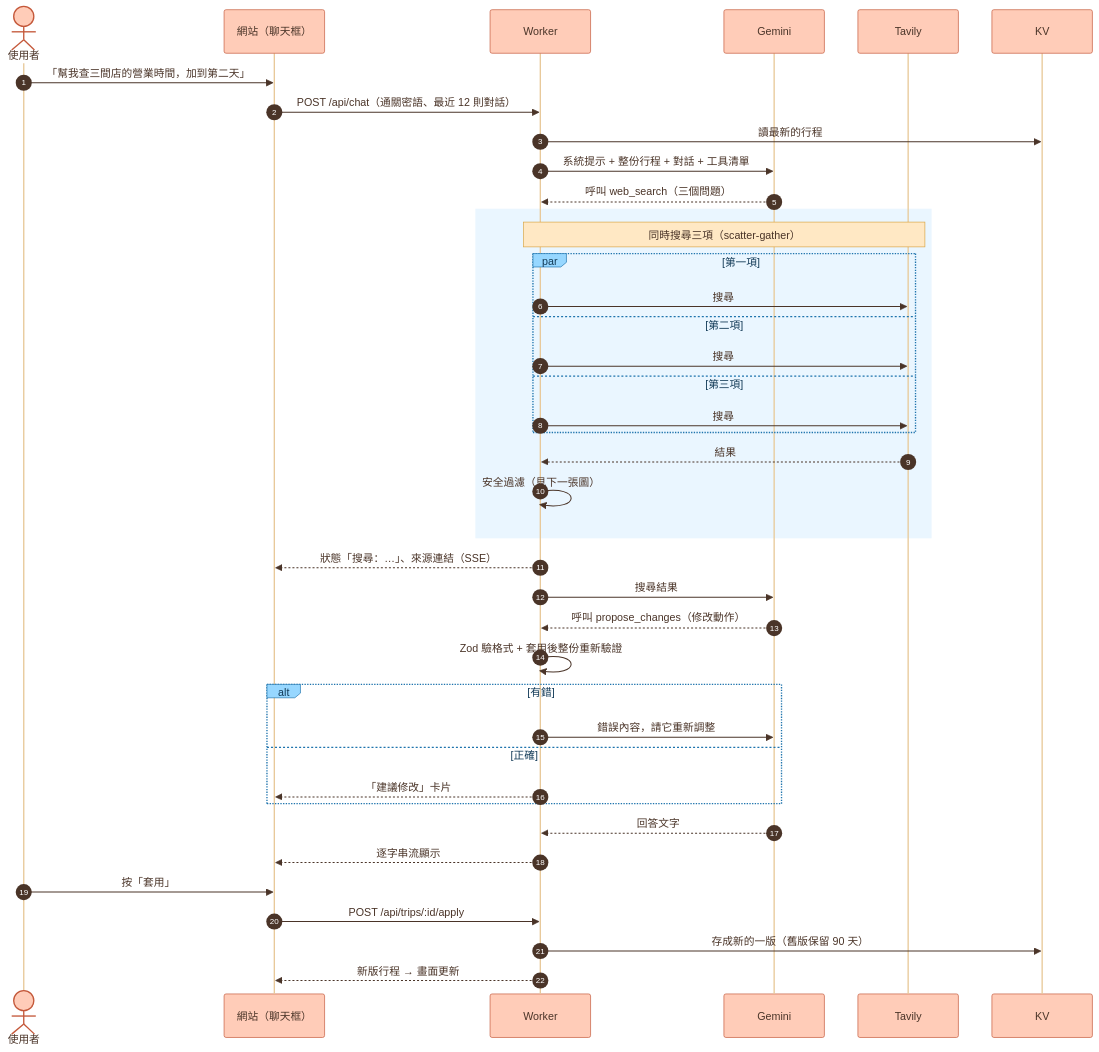
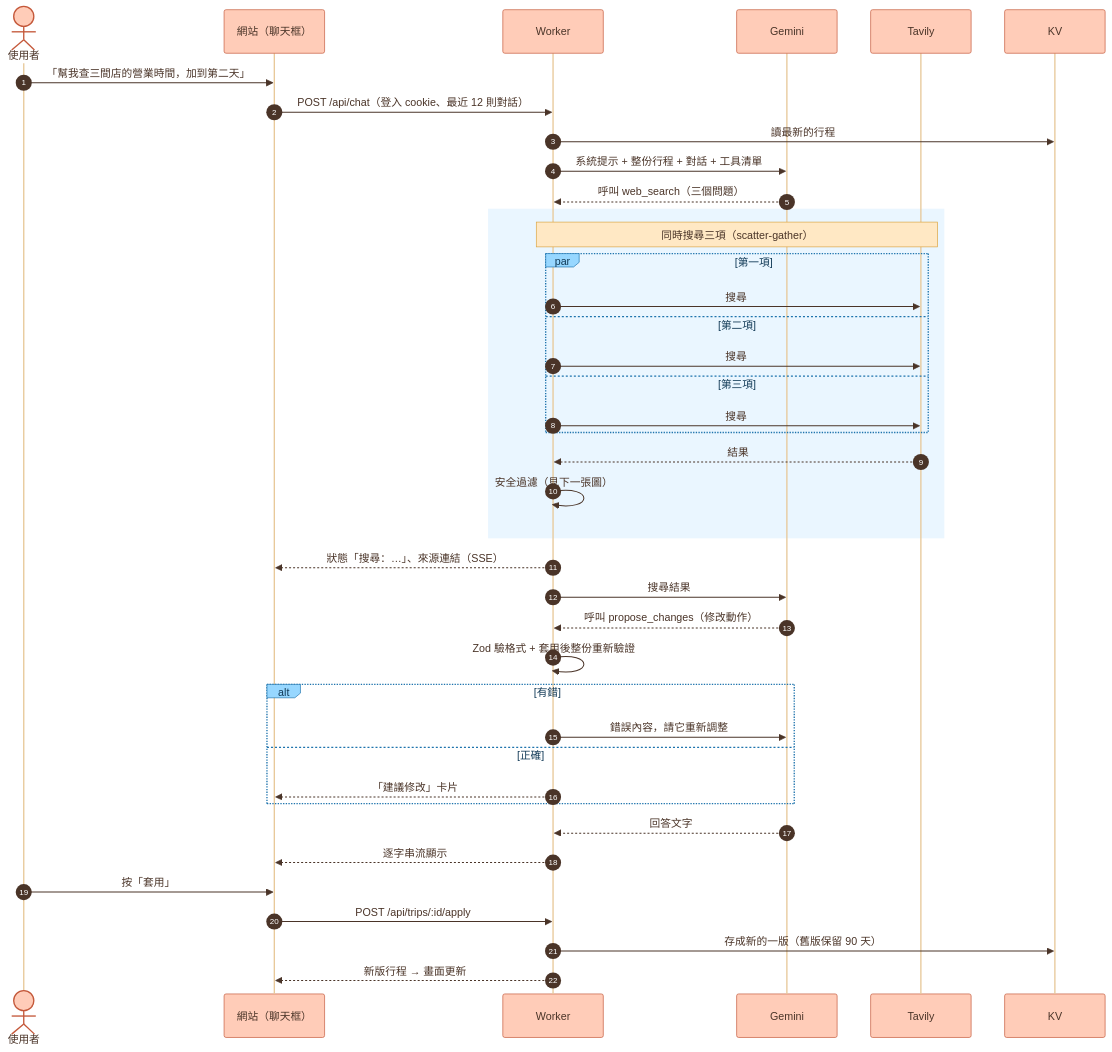
The third of 5 diagrams in README.md (henry190927/trip-planner), drawn with Mermaid before and after one commit. The commit also changed other lines of this file and 57 other files, not shown here.

````diff
--- a/README.md
+++ b/README.md
@@ -63,47 +96,47 @@
 ```mermaid
 %%{init: {'theme': 'base', 'themeVariables': {'actorBkg': '#FFCCB8', 'actorBorder': '#c4583a', 'actorTextColor': '#4a3428', 'actorLineColor': '#e8c99a', 'signalColor': '#4a3428', 'signalTextColor': '#4a3428', 'noteBkgColor': '#FFE8C4', 'noteBorderColor': '#d9a441', 'noteTextColor': '#4a3428', 'labelBoxBkgColor': '#97D7FF', 'labelBoxBorderColor': '#1f74ad', 'labelTextColor': '#123a57', 'loopTextColor': '#123a57', 'activationBkgColor': '#FFF4DE', 'sequenceNumberColor': '#ffffff'}}}%%
 sequenceDiagram
   autonumber
   actor U as 使用者
   participant A as 網站（聊天框）
   participant W as Worker
   participant G as Gemini
   participant T as Tavily
   participant K as KV
 
   U->>A: 「幫我查三間店的營業時間，加到第二天」
-  A->>W: POST /api/chat（通關密語、最近 12 則對話）
+  A->>W: POST /api/chat（登入 cookie、最近 12 則對話）
   W->>K: 讀最新的行程
   W->>G: 系統提示 + 整份行程 + 對話 + 工具清單
   G-->>W: 呼叫 web_search（三個問題）
 
   rect rgb(234, 246, 255)
     note over W,T: 同時搜尋三項（scatter-gather）
     par 第一項
       W->>T: 搜尋
     and 第二項
       W->>T: 搜尋
     and 第三項
       W->>T: 搜尋
     end
     T-->>W: 結果
     W->>W: 安全過濾（見下一張圖）
   end
 
   W-->>A: 狀態「搜尋：…」、來源連結（SSE）
   W->>G: 搜尋結果
   G-->>W: 呼叫 propose_changes（修改動作）
   W->>W: Zod 驗格式 + 套用後整份重新驗證
   alt 有錯
     W->>G: 錯誤內容，請它重新調整
   else 正確
     W-->>A: 「建議修改」卡片
   end
   G-->>W: 回答文字
   W-->>A: 逐字串流顯示
 
   U->>A: 按「套用」
   A->>W: POST /api/trips/:id/apply
   W->>K: 存成新的一版（舊版保留 90 天）
   W-->>A: 新版行程 → 畫面更新
 ```
````
